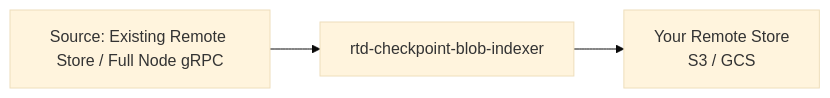
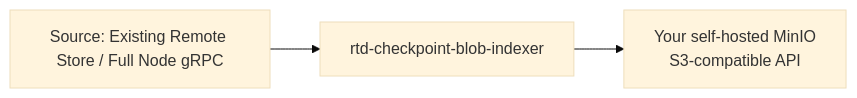
Before and after one commit to LinkUVerse/rtd: the diagram in docs/content/operators/data-management/remote-store-setup.mdx, drawn with Mermaid (base theme). The commit also changed other lines of this file and 14 other files, not shown here.

Commit message:
Use self-hosted MinIO across snapshot and archival paths

````diff
--- a/docs/content/operators/data-management/remote-store-setup.mdx
+++ b/docs/content/operators/data-management/remote-store-setup.mdx
@@ -50,5 +50,5 @@
 ```mermaid
 graph LR
     A[Source: Existing Remote Store / Full Node gRPC] --> B[rtd-checkpoint-blob-indexer]
-    B --> C[Your Remote Store<br/>S3 / GCS]
+    B --> C[Your self-hosted MinIO<br/>S3-compatible API]
 ```
````
